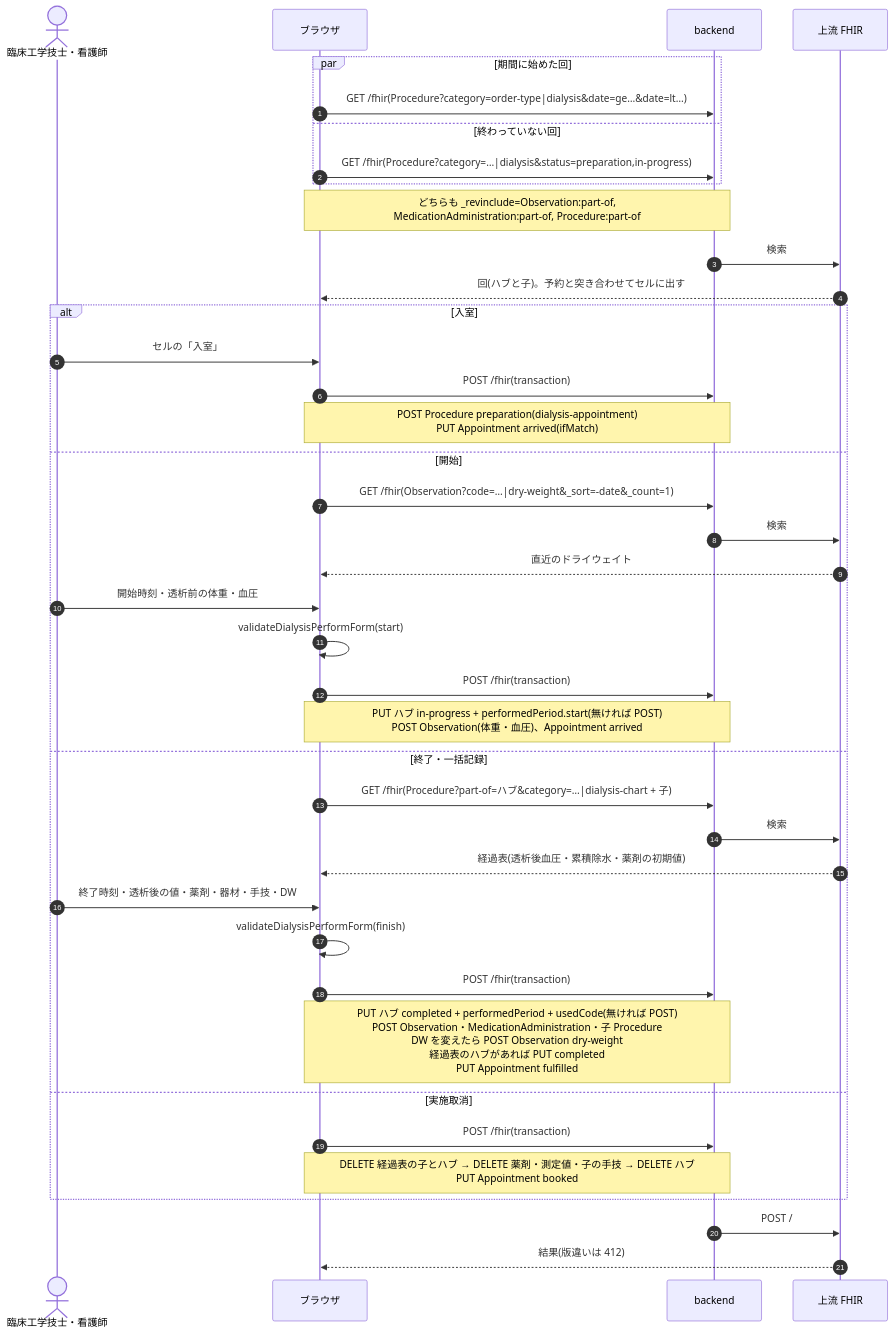
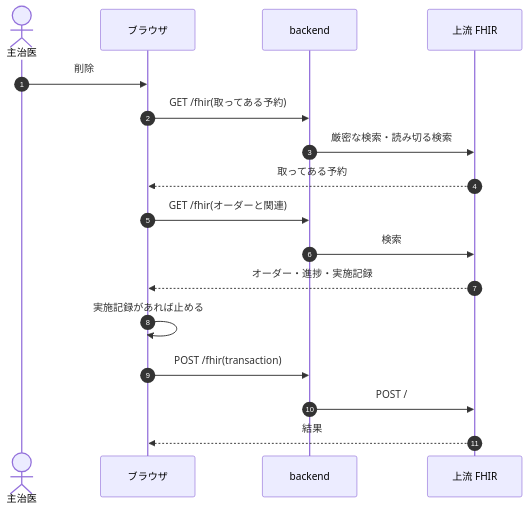
The third of 16 diagrams in docs/dev/dialysis.md (ysnr-dev/fhir-client-docs), drawn with Mermaid before and after one commit. The commit also changed other lines of this file and 43 other files, not shown here.

Commit message:
docs: 業務フローとシーケンス図を写し直し

````diff
--- a/docs/dev/dialysis.md
+++ b/docs/dev/dialysis.md
@@ -225,43 +307,20 @@
 ```mermaid
 sequenceDiagram
   autonumber
-  actor CE as 臨床工学技士・看護師
+  actor Dr as 主治医
   participant UI as ブラウザ
   participant BE as backend
   participant FHIR as 上流 FHIR
 
-  par 期間に始めた回
-    UI->>BE: GET /fhir(Procedure?category=order-type|dialysis&date=ge…&date=lt…)
-  and 終わっていない回
-    UI->>BE: GET /fhir(Procedure?category=…|dialysis&status=preparation,in-progress)
-  end
-  Note over UI,BE: どちらも _revinclude=Observation:part-of,<br/>MedicationAdministration:part-of, Procedure:part-of
+  Dr->>UI: 削除
+  UI->>BE: GET /fhir(取ってある予約)
+  BE->>FHIR: 厳密な検索・読み切る検索
+  FHIR-->>UI: 取ってある予約
+  UI->>BE: GET /fhir(オーダーと関連)
   BE->>FHIR: 検索
-  FHIR-->>UI: 回(ハブと子)。予約と突き合わせてセルに出す
-  alt 入室
-    CE->>UI: セルの「入室」
-    UI->>BE: POST /fhir(transaction)
-    Note over UI,BE: POST Procedure preparation(dialysis-appointment)<br/>PUT Appointment arrived(ifMatch)
-  else 開始
-    UI->>BE: GET /fhir(Observation?code=…|dry-weight&_sort=-date&_count=1)
-    BE->>FHIR: 検索
-    FHIR-->>UI: 直近のドライウェイト
-    CE->>UI: 開始時刻・透析前の体重・血圧
-    UI->>UI: validateDialysisPerformForm(start)
-    UI->>BE: POST /fhir(transaction)
-    Note over UI,BE: PUT ハブ in-progress + performedPeriod.start(無ければ POST)<br/>POST Observation(体重・血圧)、Appointment arrived
-  else 終了・一括記録
-    UI->>BE: GET /fhir(Procedure?part-of=ハブ&category=…|dialysis-chart + 子)
-    BE->>FHIR: 検索
-    FHIR-->>UI: 経過表(透析後血圧・累積除水・薬剤の初期値)
-    CE->>UI: 終了時刻・透析後の値・薬剤・器材・手技・DW
-    UI->>UI: validateDialysisPerformForm(finish)
-    UI->>BE: POST /fhir(transaction)
-    Note over UI,BE: PUT ハブ completed + performedPeriod + usedCode(無ければ POST)<br/>POST Observation・MedicationAdministration・子 Procedure<br/>DW を変えたら POST Observation dry-weight<br/>経過表のハブがあれば PUT completed<br/>PUT Appointment fulfilled
-  else 実施取消
-    UI->>BE: POST /fhir(transaction)
-    Note over UI,BE: DELETE 経過表の子とハブ → DELETE 薬剤・測定値・子の手技 → DELETE ハブ<br/>PUT Appointment booked
-  end
+  FHIR-->>UI: オーダー・進捗・実施記録
+  UI->>UI: 実施記録があれば止める
+  UI->>BE: POST /fhir(transaction)
   BE->>FHIR: POST /
-  FHIR-->>UI: 結果(版違いは 412)
+  FHIR-->>UI: 結果
 ```
````
